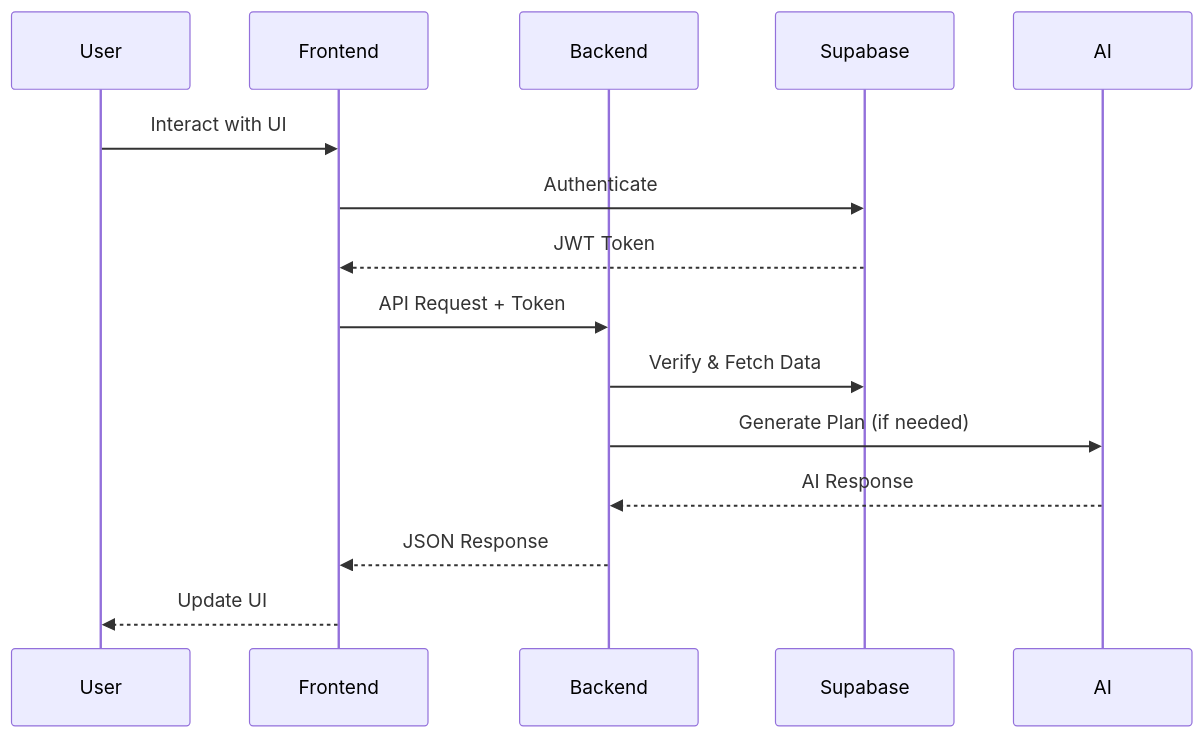
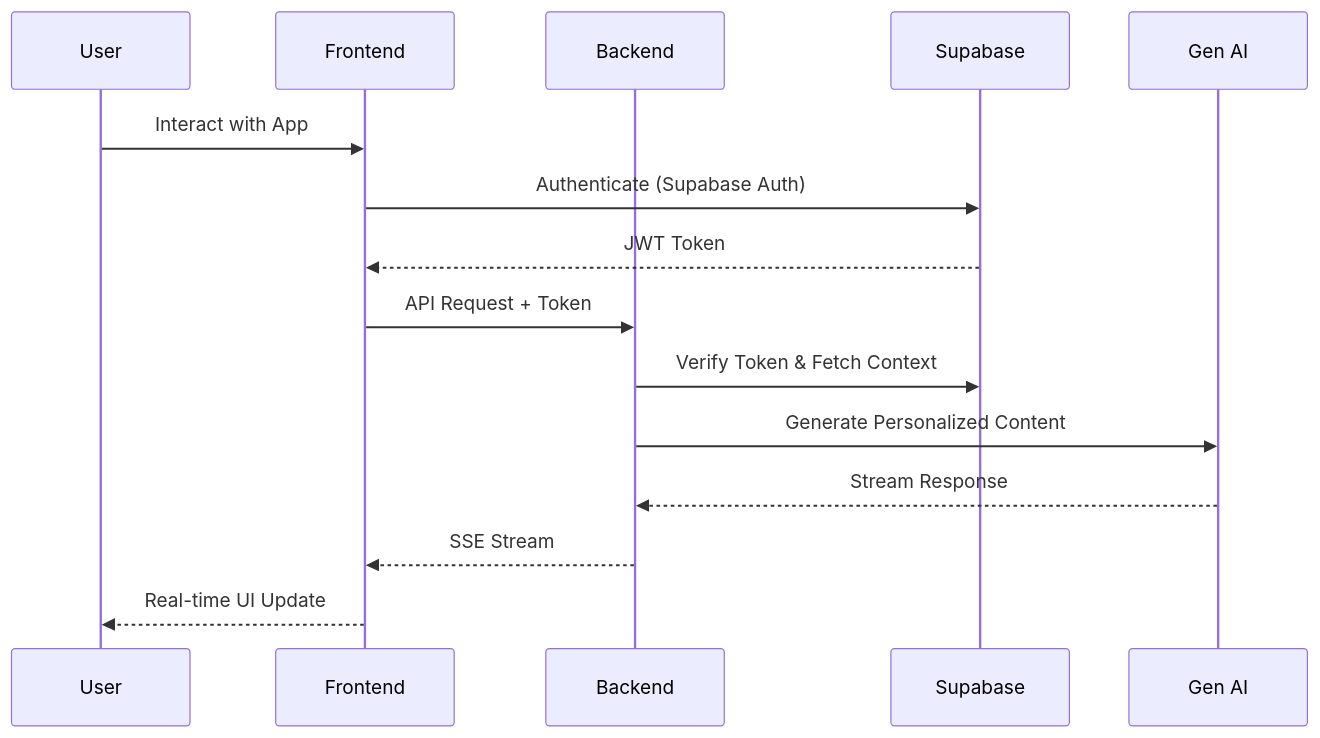
Before and after one commit to hashmessi/fitbridge: the third of 3 diagrams in README.md, drawn with Mermaid. The commit also changed other lines of this file and 6 other files, not shown here.

````diff
--- a/README.md
+++ b/README.md
@@ -118,18 +156,18 @@
 ```mermaid
 sequenceDiagram
-    participant User
-    participant Frontend
-    participant Backend
-    participant Supabase
-    participant AI
+    participant U as User
+    participant F as Frontend
+    participant B as Backend
+    participant S as Supabase
+    participant AI as Gen AI
     
-    User->>Frontend: Interact with UI
-    Frontend->>Supabase: Authenticate
-    Supabase-->>Frontend: JWT Token
-    Frontend->>Backend: API Request + Token
-    Backend->>Supabase: Verify & Fetch Data
-    Backend->>AI: Generate Plan (if needed)
-    AI-->>Backend: AI Response
-    Backend-->>Frontend: JSON Response
-    Frontend-->>User: Update UI
+    U->>F: Interact with App
+    F->>S: Authenticate (Supabase Auth)
+    S-->>F: JWT Token
+    F->>B: API Request + Token
+    B->>S: Verify Token & Fetch Context
+    B->>AI: Generate Personalized Content
+    AI-->>B: Stream Response
+    B-->>F: SSE Stream
+    F-->>U: Real-time UI Update
 ```
````
